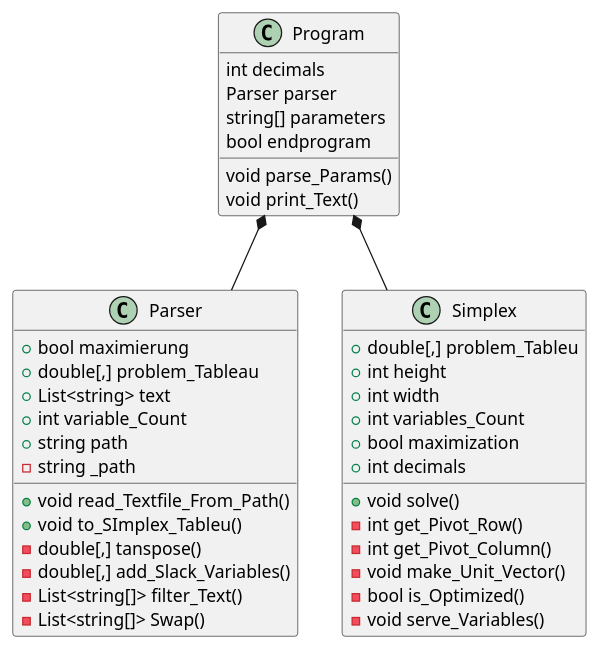
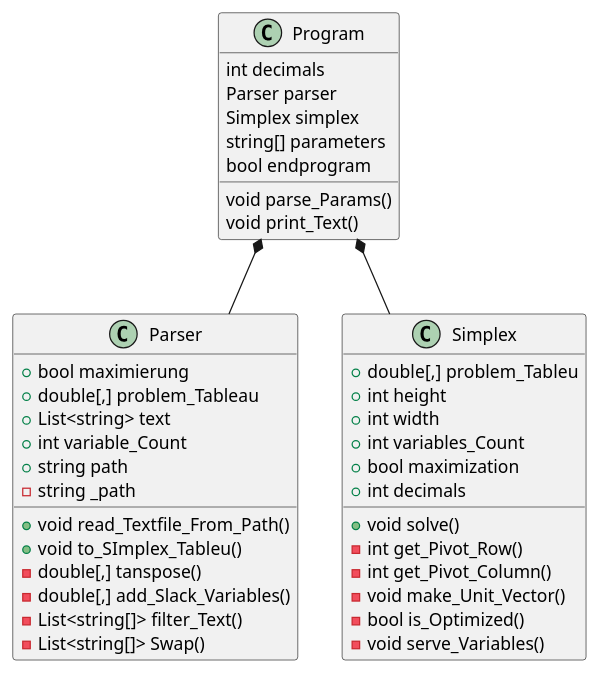
Before and after one commit to Johnnyboy-24/LP-Solver: the diagram in UML/classes.plantuml, drawn with PlantUML. The commit also changed 107 other files, not shown here.

```diff
--- a/UML/classes.plantuml
+++ b/UML/classes.plantuml
@@ -1,42 +1,43 @@
 @startuml
 class Program {
     int decimals
-    Parser parser 
+    Parser parser
+    Simplex simplex 
     string[] parameters 
     bool endprogram
     void parse_Params()
     void print_Text()
 }
 class Parser{
     + bool maximierung
     + double[,] problem_Tableau
     + List<string> text
     + int variable_Count
     + string path 
     - string _path
     + void read_Textfile_From_Path()
     + void to_SImplex_Tableu()
     - double[,] tanspose()
     - double[,] add_Slack_Variables()
     - List<string[]> filter_Text()
     - List<string[]> Swap()
 }
 class Simplex{
     + double[,] problem_Tableu
     + int height
     + int width 
     + int variables_Count 
     + bool maximization
     + int decimals
     + void solve()
     - int get_Pivot_Row()
     - int get_Pivot_Column()
     - void make_Unit_Vector()
     - bool is_Optimized()
     - void serve_Variables()
 }
 Program *-- Parser
 Program *-- Simplex
  
 
 @enduml
```
